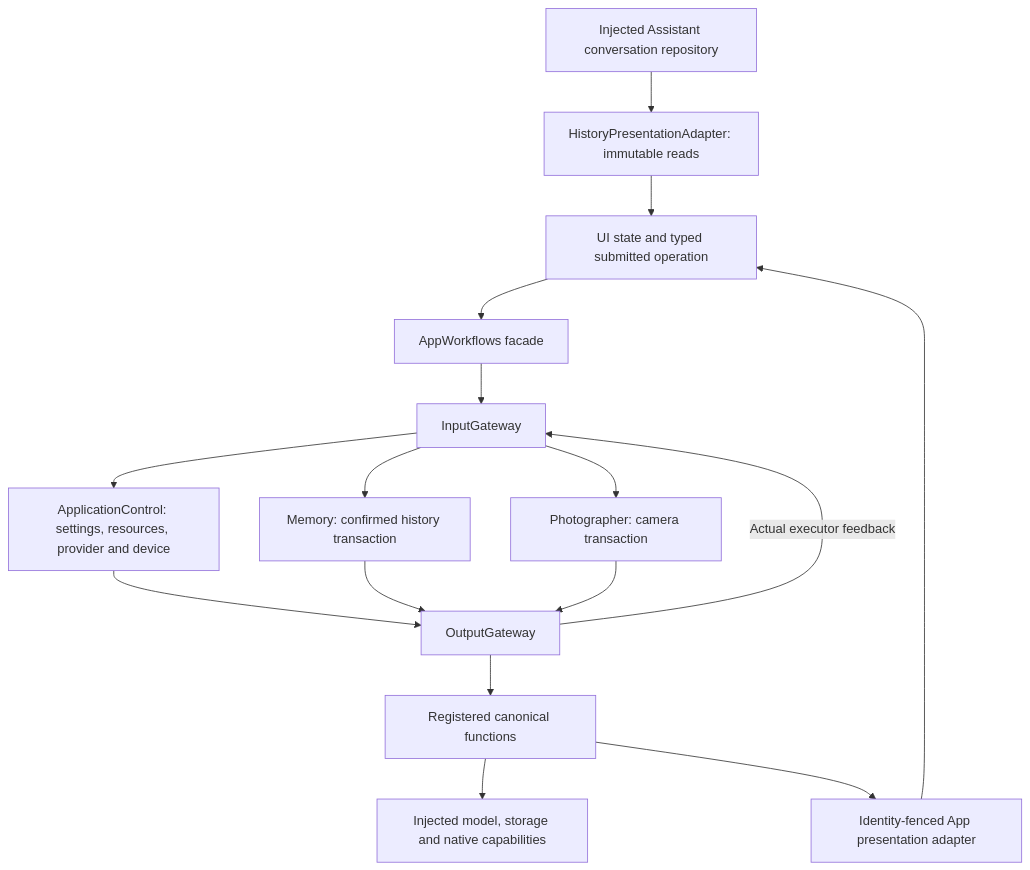
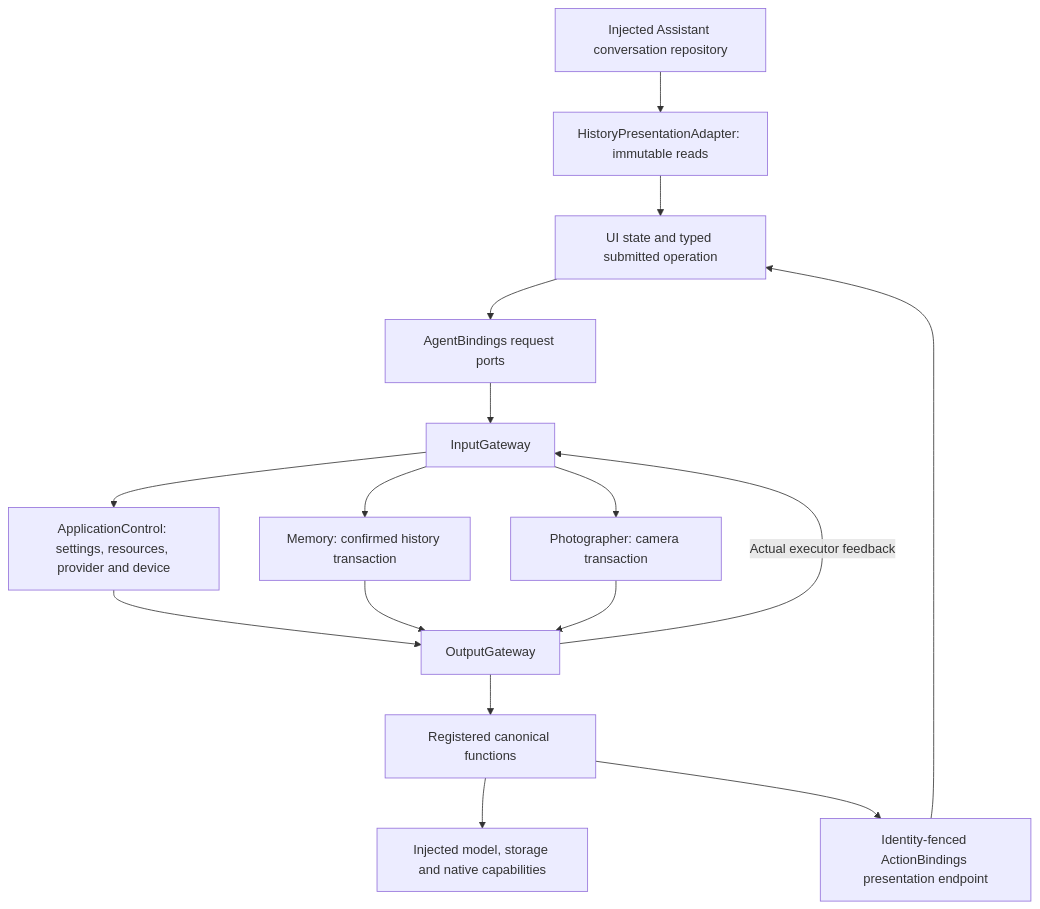
Diagram 22 of 32 in MobileHarness/README.md (devilyouwei/MobileHarness), drawn with Mermaid before and after one commit. The commit also changed other lines of this file and 254 other files, not shown here.

First line of the commit message:
refactor: isolate app composition and module bindings

````diff
--- a/MobileHarness/README.md
+++ b/MobileHarness/README.md
@@ -1007,18 +971,18 @@
 ```mermaid
 flowchart TB
-    UI[UI state and typed submitted operation] --> Facade[AppWorkflows facade]
+    UI[UI state and typed submitted operation] --> Facade[AgentBindings request ports]
     Facade --> Input[InputGateway]
     Input --> Control[ApplicationControl: settings, resources, provider and device]
     Input --> Memory[Memory: confirmed history transaction]
     Input --> Photographer[Photographer: camera transaction]
     Control --> Output[OutputGateway]
     Memory --> Output
     Photographer --> Output
     Output --> Functions[Registered canonical functions]
     Functions --> Native[Injected model, storage and native capabilities]
-    Functions --> Present[Identity-fenced App presentation adapter]
+    Functions --> Present[Identity-fenced ActionBindings presentation endpoint]
     Present --> UI
     Output -->|Actual executor feedback| Input
     Repositories[Injected Assistant conversation repository] --> Reads[HistoryPresentationAdapter: immutable reads]
     Reads --> UI
 ```
````
